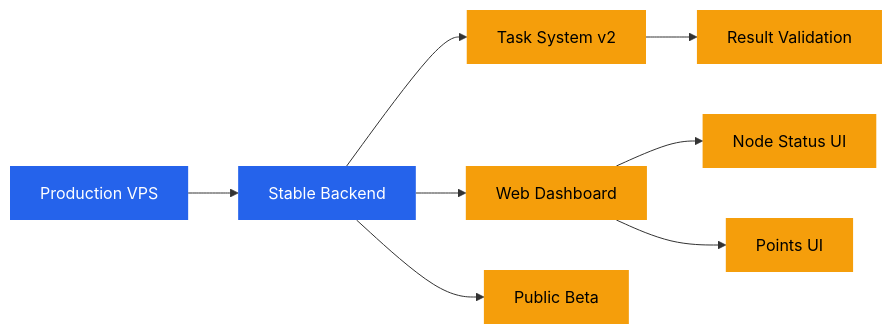
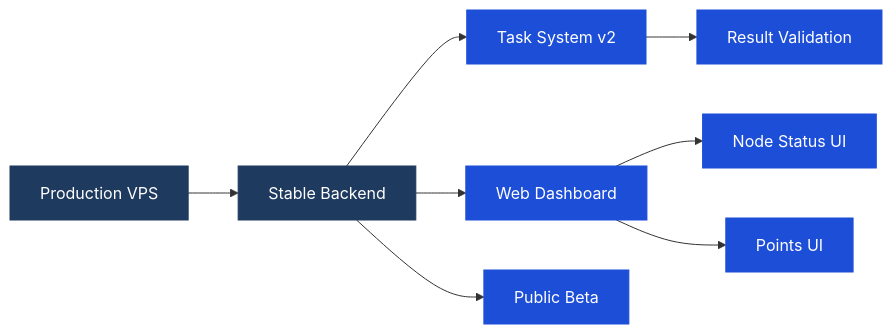
Before and after one commit to Nexora-Node/Docs: the third of 6 diagrams in roadmap.md, drawn with Mermaid. The commit also changed other lines of this file and 5 other files, not shown here.

Commit message:
docs: fix diagram bugs, unify color palette, remove bidirectional arrows

````diff
--- a/roadmap.md
+++ b/roadmap.md
@@ -78,19 +78,19 @@
 ```mermaid
 graph LR
     A[Production VPS] --> B[Stable Backend]
     B --> C[Task System v2]
     C --> D[Result Validation]
     B --> E[Web Dashboard]
     E --> F[Node Status UI]
     E --> G[Points UI]
     B --> H[Public Beta]
 
-    style A fill:#2563eb,color:#fff,stroke:none
-    style B fill:#2563eb,color:#fff,stroke:none
-    style C fill:#f59e0b,color:#000,stroke:none
-    style D fill:#f59e0b,color:#000,stroke:none
-    style E fill:#f59e0b,color:#000,stroke:none
-    style F fill:#f59e0b,color:#000,stroke:none
-    style G fill:#f59e0b,color:#000,stroke:none
-    style H fill:#f59e0b,color:#000,stroke:none
+    style A fill:#1e3a5f,stroke:#1e3a5f,color:#fff
+    style B fill:#1e3a5f,stroke:#1e3a5f,color:#fff
+    style C fill:#1d4ed8,stroke:#1d4ed8,color:#fff
+    style D fill:#1d4ed8,stroke:#1d4ed8,color:#fff
+    style E fill:#1d4ed8,stroke:#1d4ed8,color:#fff
+    style F fill:#1d4ed8,stroke:#1d4ed8,color:#fff
+    style G fill:#1d4ed8,stroke:#1d4ed8,color:#fff
+    style H fill:#1d4ed8,stroke:#1d4ed8,color:#fff
 ```
````
